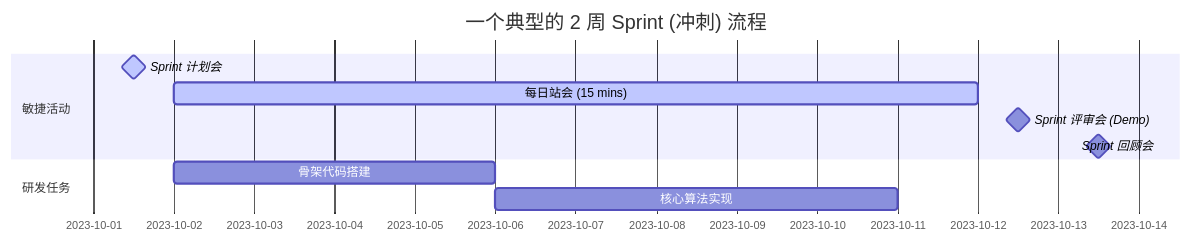
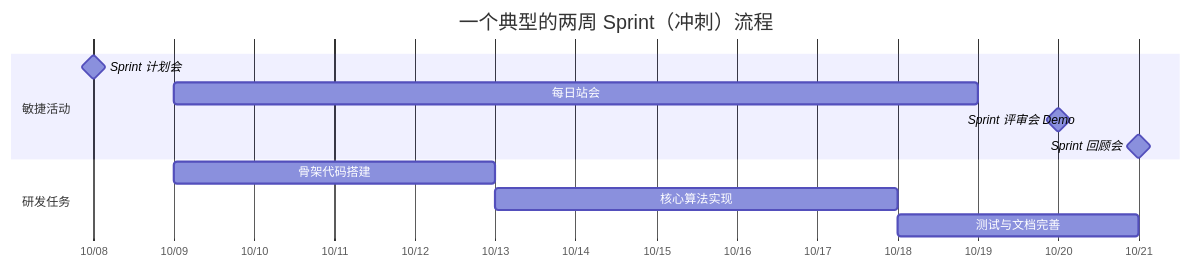
One commit to bettermorn/IntelligentSWEPractice changed the seventh of 12 diagrams in courseware/iswep.md. Above: the diagram before and after it, drawn with Mermaid. The commit also changed other lines of this file, not shown here.

Commit message:
Refactor mermaid diagrams to include Chinese labels

````diff
--- a/courseware/iswep.md
+++ b/courseware/iswep.md
@@ -395,13 +449,17 @@
 ```mermaid
 gantt
-    title 一个典型的 2 周 Sprint (冲刺) 流程
-    dateFormat  YYYY-MM-DD
+    title 一个典型的两周 Sprint（冲刺）流程
+    dateFormat YYYY-MM-DD
+    axisFormat %m/%d
+
     section 敏捷活动
-    Sprint 计划会           :milestone, active, 2023-10-01, 1d
-    每日站会 (15 mins)       :active, 2023-10-02, 10d
-    Sprint 评审会 (Demo)    :milestone, 2023-10-12, 1d
-    Sprint 回顾会           :milestone, 2023-10-13, 1d
+    Sprint 计划会 :milestone, plan, 2026-10-08, 0d
+    每日站会 :daily, 2026-10-09, 10d
+    Sprint 评审会 Demo :milestone, review, 2026-10-20, 0d
+    Sprint 回顾会 :milestone, retrospective, 2026-10-21, 0d
+
     section 研发任务
-    骨架代码搭建             :2023-10-02, 4d
-    核心算法实现             :2023-10-06, 5d
+    骨架代码搭建 :skeleton, 2026-10-09, 4d
+    核心算法实现 :algorithm, 2026-10-13, 5d
+    测试与文档完善 :testing, 2026-10-18, 3d
 ```
````
